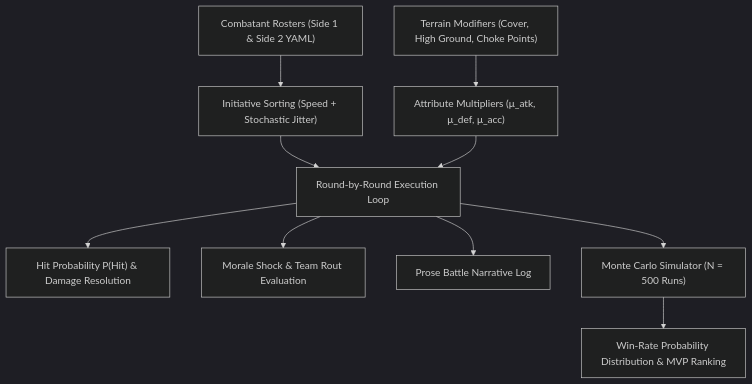
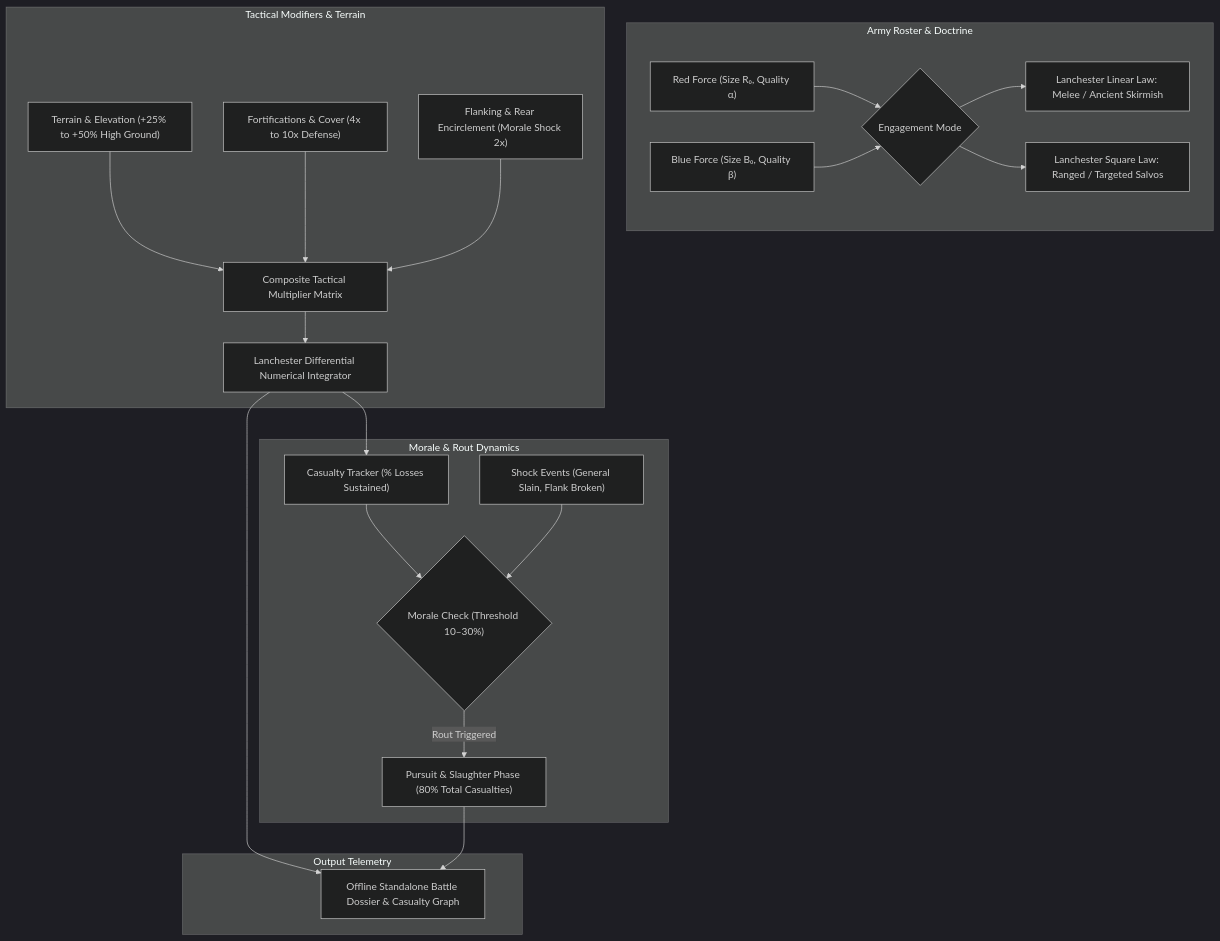
Before and after one commit to aryansinghnagar/Ars-Arcanum: the diagram in docs/TACTICAL_SIM.md, drawn with Mermaid (dark theme). The commit also changed other lines of this file and 239 other files, not shown here.

First line of the commit message:
feat(v5.0.0): streamline to 47 deterministic engines, zero-pip architecture, and encyclopedic craft references

````diff
--- a/docs/TACTICAL_SIM.md
+++ b/docs/TACTICAL_SIM.md
@@ -21,13 +18,25 @@
 ```mermaid
 flowchart TD
-    Rosters["Combatant Rosters (Side 1 & Side 2 YAML)"] --> Initiative["Initiative Sorting (Speed + Stochastic Jitter)"]
-    Terrain["Terrain Modifiers (Cover, High Ground, Choke Points)"] --> Modifiers["Attribute Multipliers (μ_atk, μ_def, μ_acc)"]
-    
-    Initiative & Modifiers --> RoundLoop["Round-by-Round Execution Loop"]
-    RoundLoop --> HitCalc["Hit Probability P(Hit) & Damage Resolution"]
-    RoundLoop --> MoraleCalc["Morale Shock & Team Rout Evaluation"]
-    
-    RoundLoop --> SingleLog["Prose Battle Narrative Log"]
-    RoundLoop --> MonteCarlo["Monte Carlo Simulator (N = 500 Runs)"]
-    MonteCarlo --> WinRates["Win-Rate Probability Distribution & MVP Ranking"]
+    subgraph Army Roster & Doctrine
+        RedRoster["Red Force (Size R₀, Quality α)"] & BlueRoster["Blue Force (Size B₀, Quality β)"] --> BattleMode{"Engagement Mode"}
+        BattleMode --> LinearLaw["Lanchester Linear Law: Melee / Ancient Skirmish"]
+        BattleMode --> SquareLaw["Lanchester Square Law: Ranged / Targeted Salvos"]
+    end
+
+    subgraph Tactical Modifiers & Terrain
+        Terrain["Terrain & Elevation (+25% to +50% High Ground)"] --> Modifiers["Composite Tactical Multiplier Matrix"]
+        Defilade["Fortifications & Cover (4x to 10x Defense)"] --> Modifiers
+        Flanking["Flanking & Rear Encirclement (Morale Shock 2x)"] --> Modifiers
+        Modifiers --> LanchesterODE["Lanchester Differential Numerical Integrator"]
+    end
+
+    subgraph Morale & Rout Dynamics
+        LanchesterODE --> CasualtyRate["Casualty Tracker (% Losses Sustained)"]
+        CasualtyRate & ShockEvents["Shock Events (General Slain, Flank Broken)"] --> MoraleAudit{"Morale Check (Threshold 10–30%)"}
+        MoraleAudit -- "Rout Triggered" --> PursuitPhase["Pursuit & Slaughter Phase (80% Total Casualties)"]
+    end
+
+    subgraph Output Telemetry
+        LanchesterODE & PursuitPhase --> TacticalReport["Offline Standalone Battle Dossier & Casualty Graph"]
+    end
 ```
````
